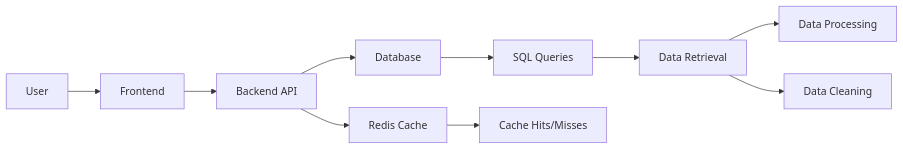
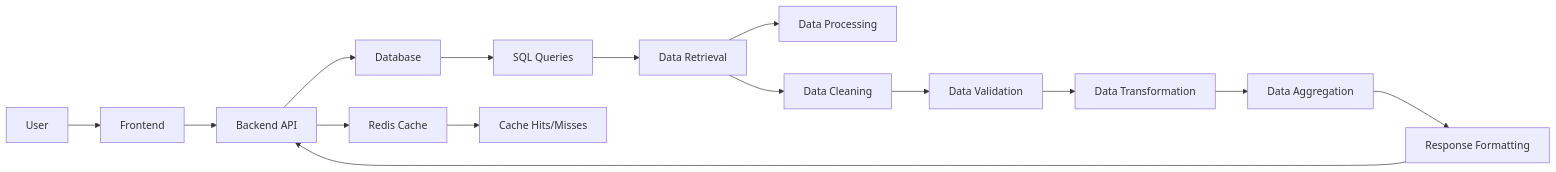
One commit to akshatha1710/github-mermaid-demo changed the diagram in docs/system-architecture.mmd. Above: the diagram before and after it, drawn with Mermaid.

Commit message:
Made some changes to the diagram on MC

```diff
--- a/docs/system-architecture.mmd
+++ b/docs/system-architecture.mmd
@@ -1,10 +1,18 @@
+---
+id: 393cbf12-5337-41b9-a244-94c30af20118
+---
 flowchart LR
     A[User] --> B[Frontend]
     B --> C[Backend API]
     C --> E[Redis Cache]
     C --> D[Database]
     D --> F[SQL Queries]
     E --> G[Cache Hits/Misses]
     F --> H[Data Retrieval]
     H --> I[Data Processing]
-    H --> J[Data Cleaning] 
+    H --> J[Data Cleaning]
+    J --> K[Data Validation]
+    K --> L[Data Transformation]
+    L --> M[Data Aggregation]
+    M --> N[Response Formatting]
+    N --> C
```
